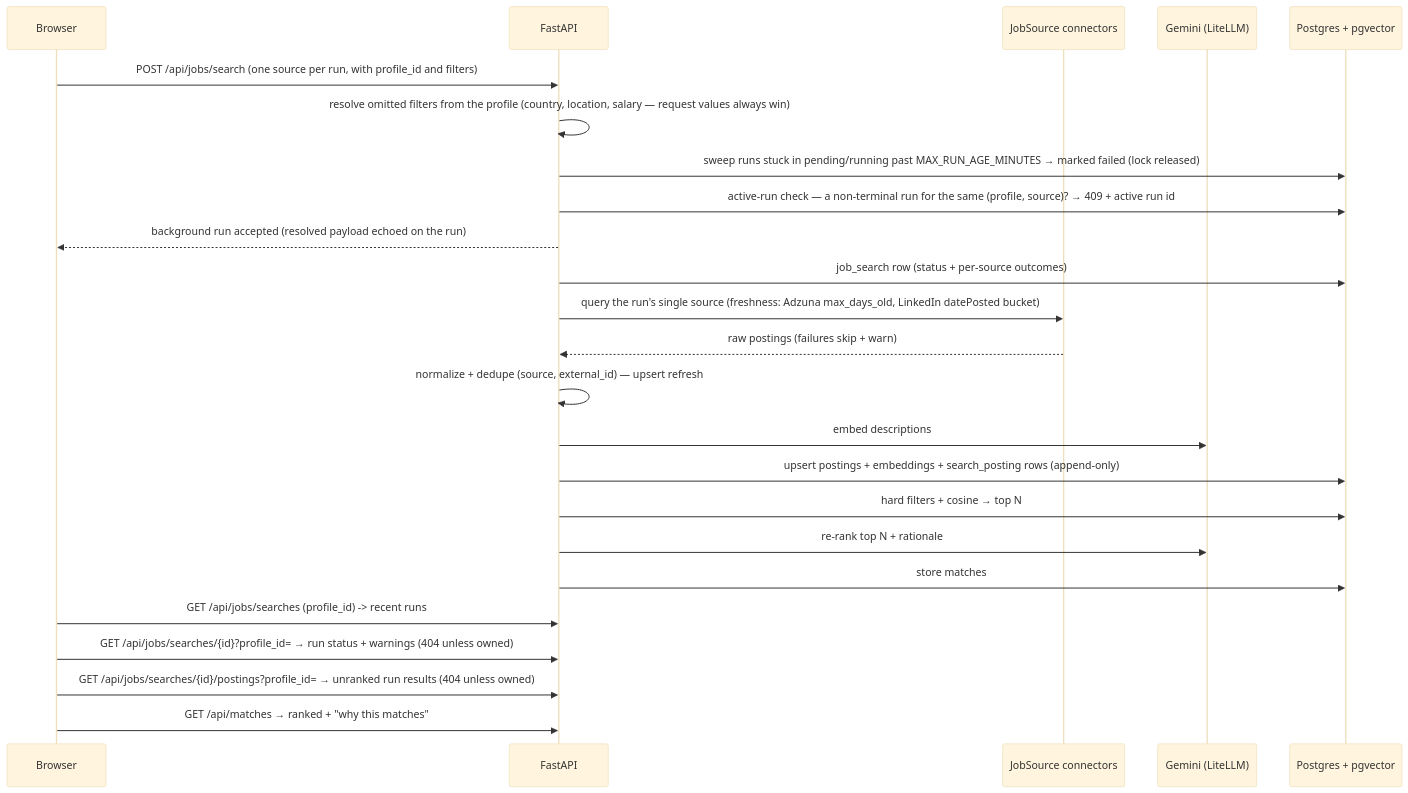
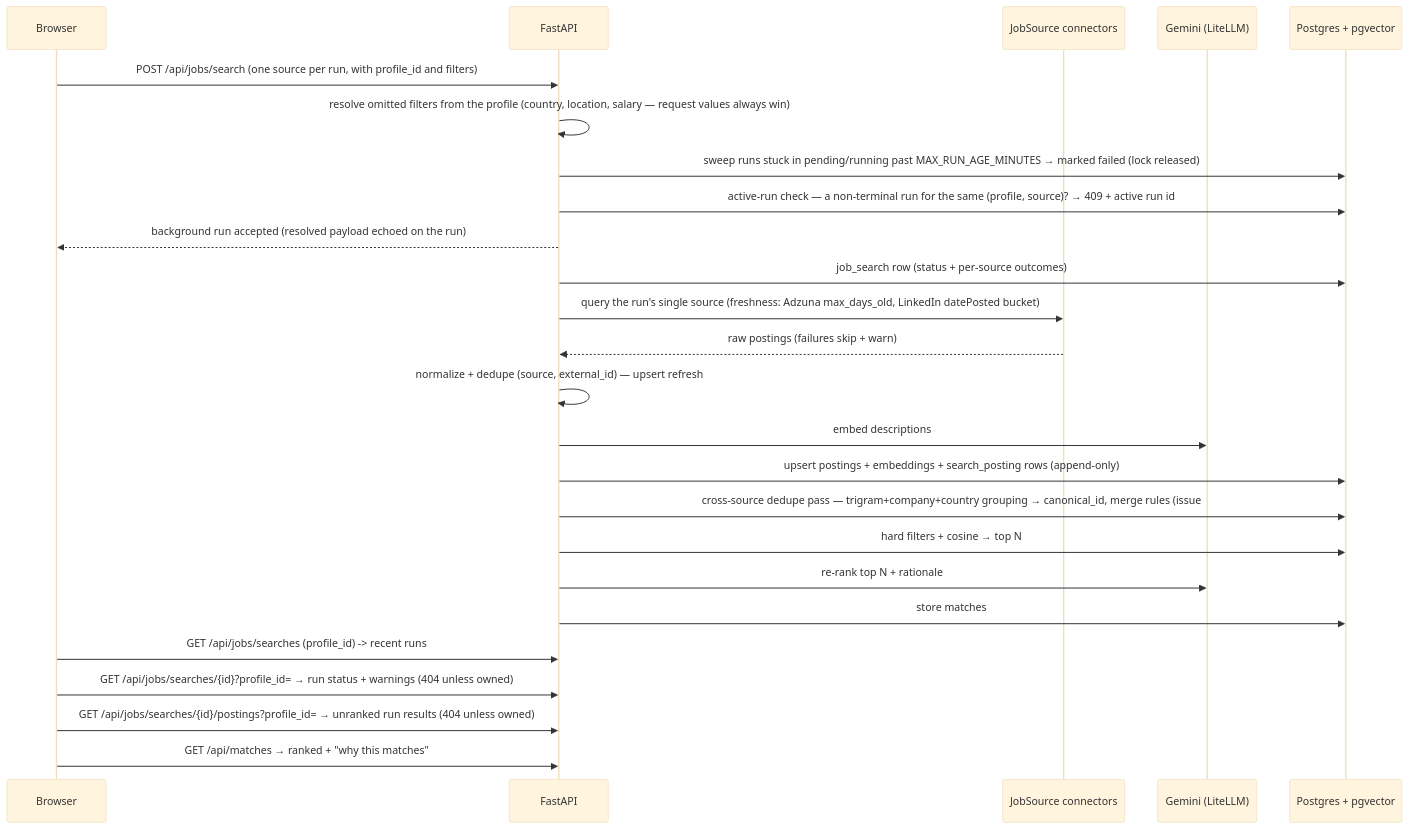
One commit to MSVhora/ai_job_assistant changed the third of 4 diagrams in docs/architecture.md. Above: the diagram before and after it, drawn with Mermaid (base theme). The commit also changed other lines of this file and 15 other files, not shown here.

Commit message:
feat(v4/38): cross-source posting dedupe — canonical grouping via pg_trgm, merged canonical rows, match collapse at rescore

````diff
--- a/docs/architecture.md
+++ b/docs/architecture.md
@@ -98,27 +98,28 @@
 ```mermaid
 sequenceDiagram
     participant B as Browser
     participant A as FastAPI
     participant C as JobSource connectors
     participant G as Gemini (LiteLLM)
     participant D as Postgres + pgvector
 
     B->>A: POST /api/jobs/search (one source per run, with profile_id and filters)
     A->>A: resolve omitted filters from the profile (country, location, salary — request values always win)
     A->>D: sweep runs stuck in pending/running past MAX_RUN_AGE_MINUTES → marked failed (lock released)
     A->>D: active-run check — a non-terminal run for the same (profile, source)? → 409 + active run id
     A-->>B: background run accepted (resolved payload echoed on the run)
     A->>D: job_search row (status + per-source outcomes)
     A->>C: query the run's single source (freshness: Adzuna max_days_old, LinkedIn datePosted bucket)
     C-->>A: raw postings (failures skip + warn)
     A->>A: normalize + dedupe (source, external_id) — upsert refresh
     A->>G: embed descriptions
     A->>D: upsert postings + embeddings + search_posting rows (append-only)
+    A->>D: cross-source dedupe pass — trigram+company+country grouping → canonical_id, merge rules (issue #38)
     A->>D: hard filters + cosine → top N
     A->>G: re-rank top N + rationale
     A->>D: store matches
     B->>A: GET /api/jobs/searches (profile_id) -> recent runs
     B->>A: GET /api/jobs/searches/{id}?profile_id= → run status + warnings (404 unless owned)
     B->>A: GET /api/jobs/searches/{id}/postings?profile_id= → unranked run results (404 unless owned)
     B->>A: GET /api/matches → ranked + "why this matches"
 ```
````
